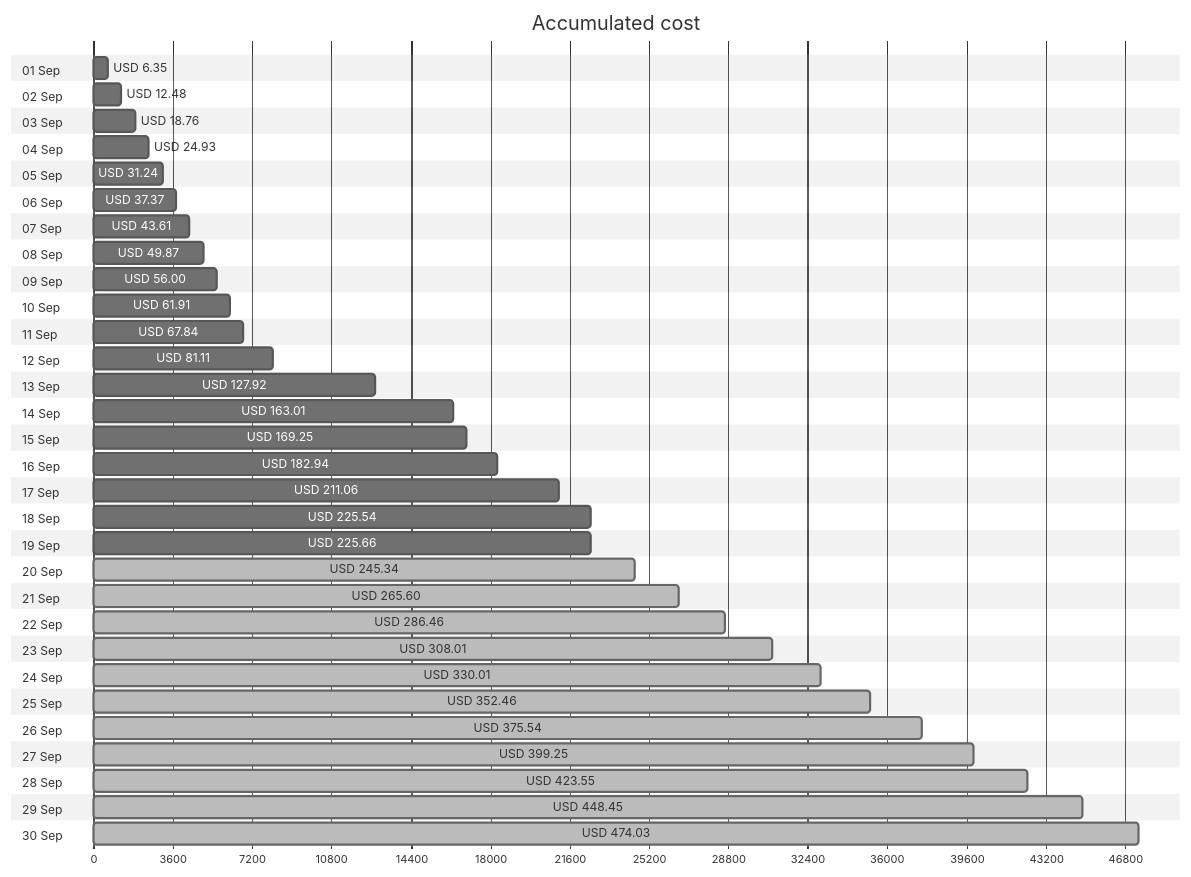
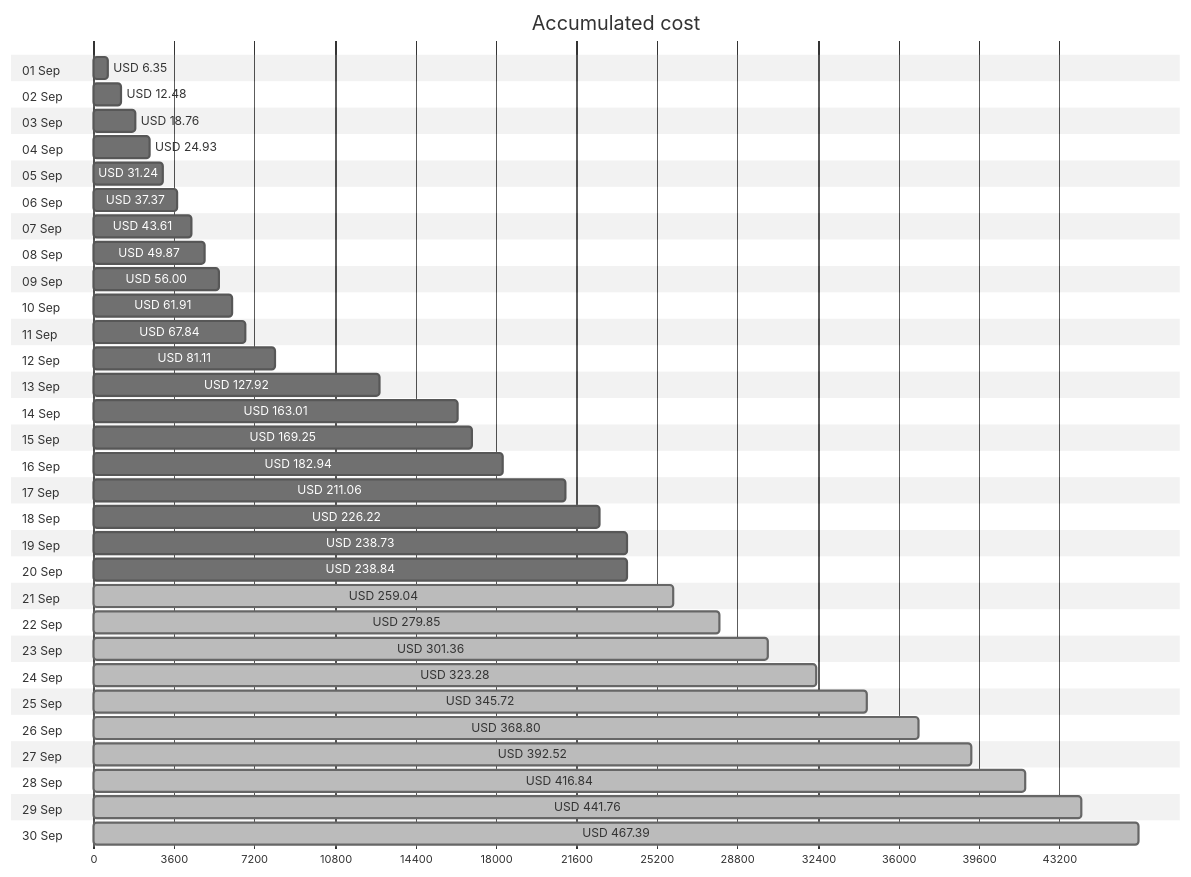
The first of 4 diagrams in cost-reports/accumulated-cost.md (jpfulton/azure-personal-reports), drawn with Mermaid (neutral theme) before and after one commit. The commit also changed other lines of this file and 4 other files, not shown here.

````diff
--- a/cost-reports/accumulated-cost.md
+++ b/cost-reports/accumulated-cost.md
@@ -20,66 +20,66 @@
 ```mermaid
 gantt
    title Accumulated cost
    dateFormat  X
    axisFormat %s
    section 01 Sep
    USD 6.35 :0, 635
    section 02 Sep
    USD 12.48 :0, 1248
    section 03 Sep
    USD 18.76 :0, 1876
    section 04 Sep
    USD 24.93 :0, 2493
    section 05 Sep
    USD 31.24 :0, 3124
    section 06 Sep
    USD 37.37 :0, 3737
    section 07 Sep
    USD 43.61 :0, 4361
    section 08 Sep
    USD 49.87 :0, 4987
    section 09 Sep
    USD 56.00 :0, 5600
    section 10 Sep
    USD 61.91 :0, 6191
    section 11 Sep
    USD 67.84 :0, 6784
    section 12 Sep
    USD 81.11 :0, 8111
    section 13 Sep
    USD 127.92 :0, 12792
    section 14 Sep
    USD 163.01 :0, 16301
    section 15 Sep
    USD 169.25 :0, 16925
    section 16 Sep
    USD 182.94 :0, 18294
    section 17 Sep
    USD 211.06 :0, 21106
    section 18 Sep
-   USD 225.54 :0, 22554
+   USD 226.22 :0, 22622
    section 19 Sep
-   USD 225.66 :0, 22566
+   USD 238.73 :0, 23873
    section 20 Sep
-   USD 245.34 : done, 0, 24534
+   USD 238.84 :0, 23884
    section 21 Sep
-   USD 265.60 : done, 0, 26560
+   USD 259.04 : done, 0, 25904
    section 22 Sep
-   USD 286.46 : done, 0, 28646
+   USD 279.85 : done, 0, 27985
    section 23 Sep
-   USD 308.01 : done, 0, 30801
+   USD 301.36 : done, 0, 30136
    section 24 Sep
-   USD 330.01 : done, 0, 33001
+   USD 323.28 : done, 0, 32328
    section 25 Sep
-   USD 352.46 : done, 0, 35246
+   USD 345.72 : done, 0, 34572
    section 26 Sep
-   USD 375.54 : done, 0, 37554
+   USD 368.80 : done, 0, 36880
    section 27 Sep
-   USD 399.25 : done, 0, 39925
+   USD 392.52 : done, 0, 39252
    section 28 Sep
-   USD 423.55 : done, 0, 42355
+   USD 416.84 : done, 0, 41684
    section 29 Sep
-   USD 448.45 : done, 0, 44845
+   USD 441.76 : done, 0, 44176
    section 30 Sep
-   USD 474.03 : done, 0, 47403
+   USD 467.39 : done, 0, 46739
 ```
````
